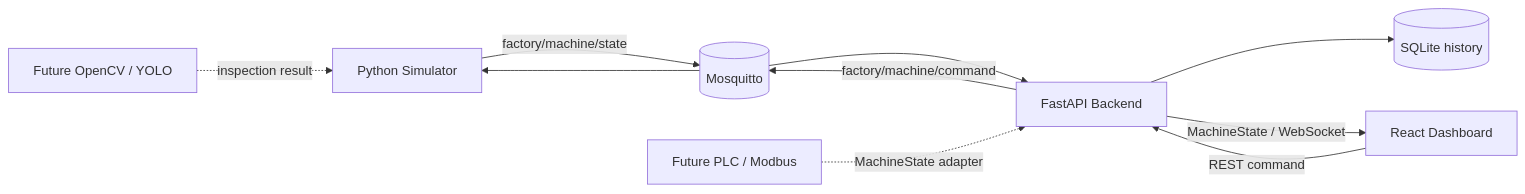
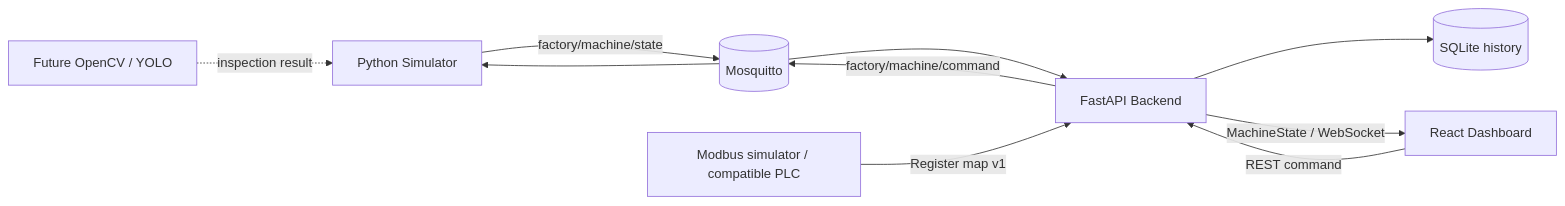
One commit to CyCle03/miniFactoryTwin changed the diagram in README.md. Above: the diagram before and after it, drawn with Mermaid. The commit also changed other lines of this file and 2 other files, not shown here.

````diff
--- a/README.md
+++ b/README.md
@@ -25,13 +25,13 @@
 ```mermaid
 flowchart LR
     SIM[Python Simulator] -->|factory/machine/state| MQTT[(Mosquitto)]
     MQTT --> API[FastAPI Backend]
     API --> DB[(SQLite history)]
     API -->|MachineState / WebSocket| UI[React Dashboard]
     UI -->|REST command| API
     API -->|factory/machine/command| MQTT
     MQTT --> SIM
 
-    PLC[Future PLC / Modbus] -. MachineState adapter .-> API
+    MODBUS[Modbus simulator / compatible PLC] -->|Register map v1| API
     CV[Future OpenCV / YOLO] -. inspection result .-> SIM
 ```
````
